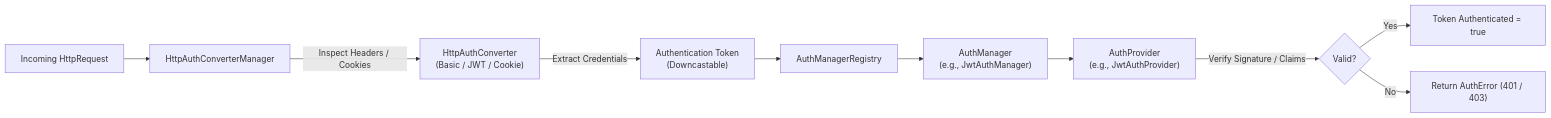
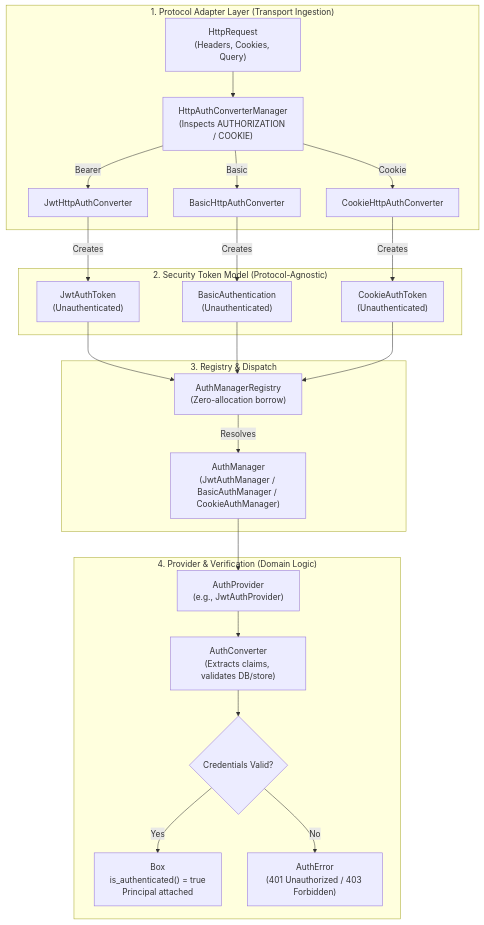
One commit to jiwantmg/sguard changed the third of 3 diagrams in docs/ARCHITECTURE.md. Above: the diagram before and after it, drawn with Mermaid. The commit also changed other lines of this file, not shown here.

Commit message:
docs: document HTTP adapter and converter architecture in sguard-security

````diff
--- a/docs/ARCHITECTURE.md
+++ b/docs/ARCHITECTURE.md
@@ -215,12 +235,30 @@
 ```mermaid
-flowchart LR
-    Req["Incoming HttpRequest"] --> Manager["HttpAuthConverterManager"]
-    Manager -->|Inspect Headers / Cookies| Conv["HttpAuthConverter\n(Basic / JWT / Cookie)"]
-    Conv -->|Extract Credentials| Token["Authentication Token\n(Downcastable)"]
-    Token --> Registry["AuthManagerRegistry"]
-    Registry --> SpecificMgr["AuthManager\n(e.g., JwtAuthManager)"]
-    SpecificMgr --> Provider["AuthProvider\n(e.g., JwtAuthProvider)"]
-    Provider -->|Verify Signature / Claims| AuthStatus{"Valid?"}
-    AuthStatus -->|Yes| OK["Token Authenticated = true"]
-    AuthStatus -->|No| Err["Return AuthError (401 / 403)"]
+flowchart TD
+    subgraph Protocol_Layer ["1. Protocol Adapter Layer (Transport Ingestion)"]
+        Req["HttpRequest\n(Headers, Cookies, Query)"] --> Manager["HttpAuthConverterManager\n(Inspects AUTHORIZATION / COOKIE)"]
+        Manager -->|Bearer| ConvJWT["JwtHttpAuthConverter"]
+        Manager -->|Basic| ConvBasic["BasicHttpAuthConverter"]
+        Manager -->|Cookie| ConvCookie["CookieHttpAuthConverter"]
+    end
+
+    subgraph Token_Layer ["2. Security Token Model (Protocol-Agnostic)"]
+        ConvJWT -->|Creates| Token1["JwtAuthToken\n(Unauthenticated)"]
+        ConvBasic -->|Creates| Token2["BasicAuthentication\n(Unauthenticated)"]
+        ConvCookie -->|Creates| Token3["CookieAuthToken\n(Unauthenticated)"]
+    end
+
+    subgraph Dispatch_Layer ["3. Registry & Dispatch"]
+        Token1 --> Reg["AuthManagerRegistry\n(Zero-allocation borrow)"]
+        Token2 --> Reg
+        Token3 --> Reg
+        Reg -->|Resolves| SpecificManager["AuthManager\n(JwtAuthManager / BasicAuthManager / CookieAuthManager)"]
+    end
+
+    subgraph Verification_Layer ["4. Provider & Verification (Domain Logic)"]
+        SpecificManager --> Provider["AuthProvider\n(e.g., JwtAuthProvider)"]
+        Provider --> DomainConverter["AuthConverter\n(Extracts claims, validates DB/store)"]
+        DomainConverter --> AuthResult{"Credentials Valid?"}
+        AuthResult -->|Yes| Authenticated["Box<dyn Authentication>\nis_authenticated() = true\nPrincipal attached"]
+        AuthResult -->|No| AuthErr["AuthError\n(401 Unauthorized / 403 Forbidden)"]
+    end
 ```
````
